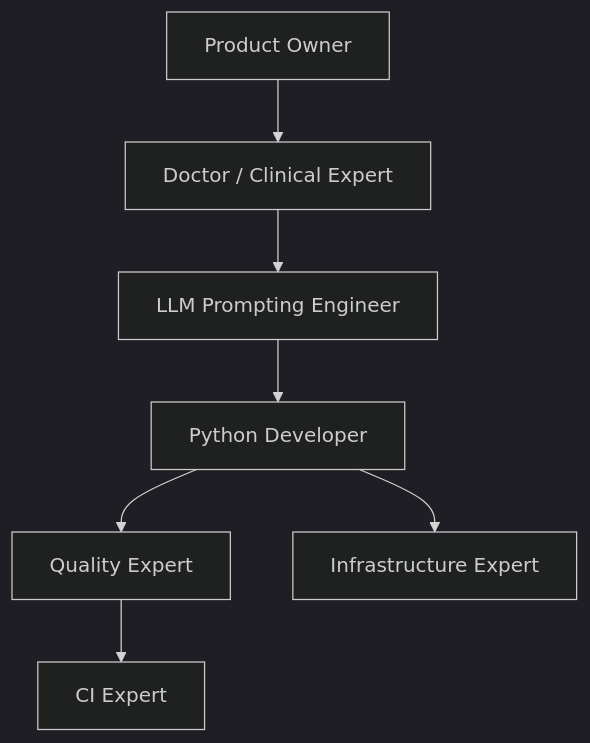
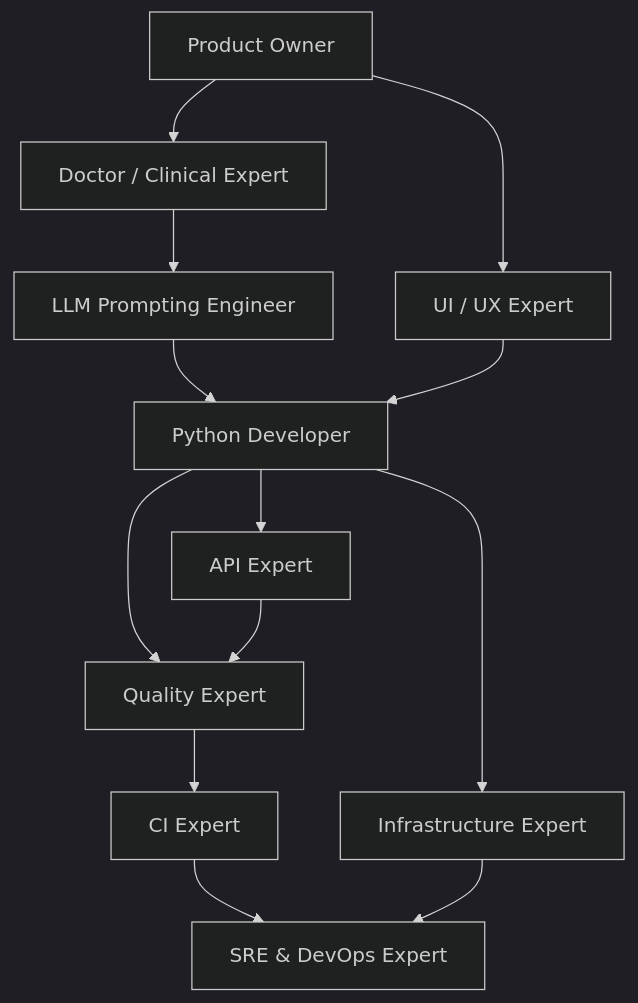
The diagram in AGENTS.md (oncoflow/oncoflow), drawn with Mermaid (dark theme) before and after one commit. The commit also changed other lines of this file and 18 other files, not shown here.

````diff
--- a/AGENTS.md
+++ b/AGENTS.md
@@ -62,9 +62,15 @@
 ```mermaid
 graph TD
     PO[Product Owner] --> MD[Doctor / Clinical Expert]
+    PO --> UX[UI / UX Expert]
     MD --> PM[LLM Prompting Engineer]
     PM --> PY[Python Developer]
+    UX --> PY
+    PY --> API[API Expert]
     PY --> QE[Quality Expert]
+    API --> QE
     QE --> CI[CI Expert]
     PY --> IE[Infrastructure Expert]
+    CI --> SRE[SRE & DevOps Expert]
+    IE --> SRE
 ```
````
